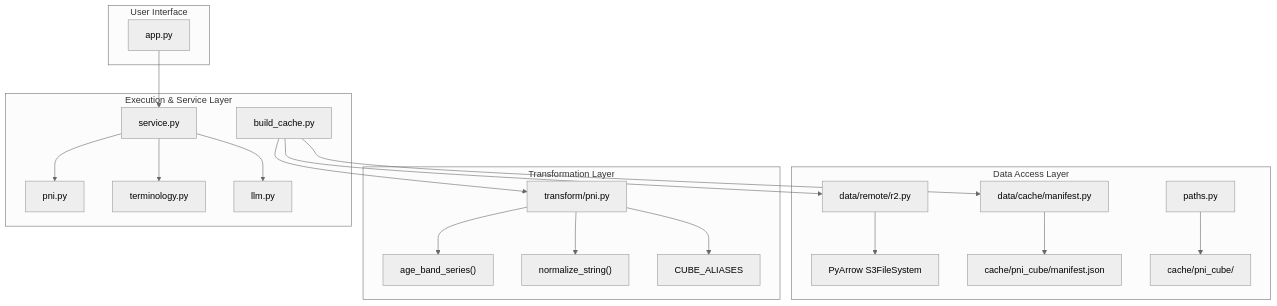
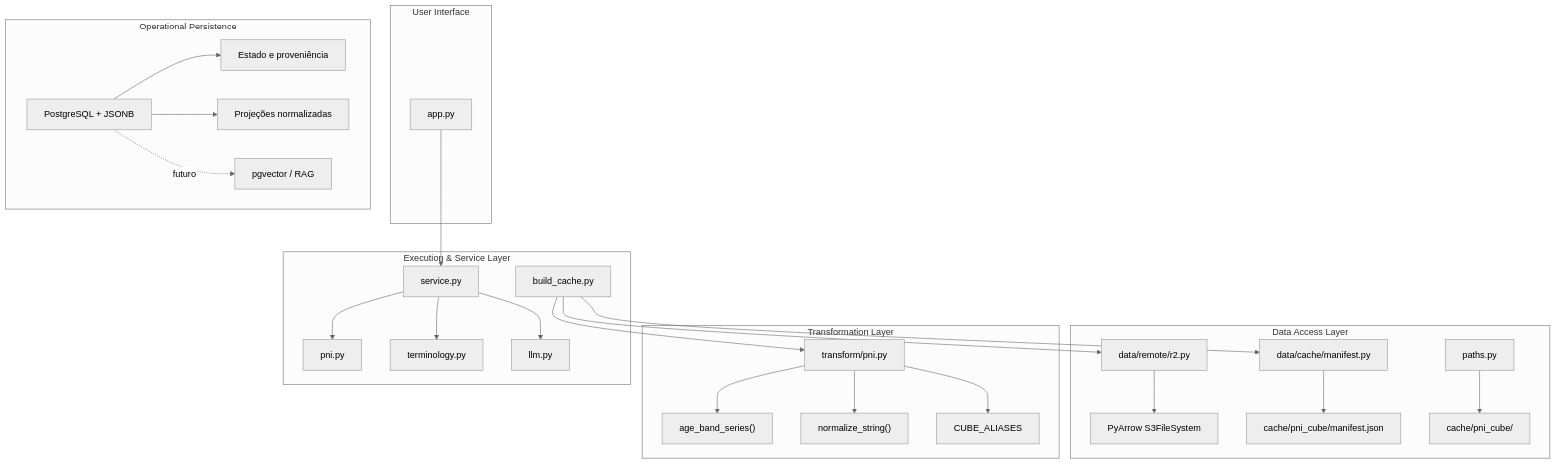
Before and after one commit to GustavoDMentz/Sus-Explorer: the diagram in docs/architecture.md, drawn with Mermaid (neutral theme). The commit also changed other lines of this file and 2 other files, not shown here.

Commit message:
docs: define hybrid storage architecture

````diff
--- a/docs/architecture.md
+++ b/docs/architecture.md
@@ -37,27 +42,33 @@
 ```mermaid
 graph TD
     subgraph Data Access Layer
         R2["data/remote/r2.py"] --> PyArrowS3["PyArrow S3FileSystem"]
         Manifest["data/cache/manifest.py"] --> ManifestJSON["cache/pni_cube/manifest.json"]
         Paths["paths.py"] --> LocalCache["cache/pni_cube/"]
     end
 
     subgraph Transformation Layer
         Transform["transform/pni.py"] --> AgeBand["age_band_series()"]
         Transform --> Normalize["normalize_string()"]
         Transform --> Aliases["CUBE_ALIASES"]
     end
 
     subgraph Execution & Service Layer
         Builder["build_cache.py"] --> R2
         Builder --> Transform
         Builder --> Manifest
         Service["service.py"] --> PNIRemote["pni.py"]
         Service --> Terminology["terminology.py"]
         Service --> Gemini["llm.py"]
     end
 
     subgraph User Interface
         Streamlit["app.py"] --> Service
     end
+
+    subgraph Operational Persistence
+        Postgres["PostgreSQL + JSONB"] --> Ingestion["Estado e proveniência"]
+        Postgres --> Normalized["Projeções normalizadas"]
+        Postgres -. futuro .-> Pgvector["pgvector / RAG"]
+    end
 ```
````
